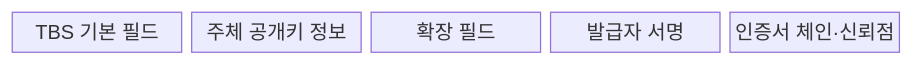
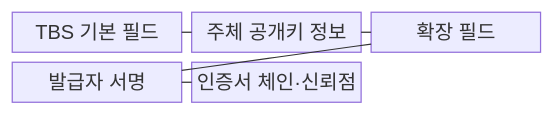
Before and after one commit to agnusdei1207/knowledge-base: the first of 2 diagrams in src/content/docs/notes/05-security/008_x509_certificate.md, drawn with Mermaid. The commit also changed other lines of this file and 151 other files, not shown here.

````diff
--- a/src/content/docs/notes/05-security/008_x509_certificate.md
+++ b/src/content/docs/notes/05-security/008_x509_certificate.md
@@ -63,9 +63,13 @@
 ```mermaid
 block-beta
-    columns 5
+    columns 3
     B["TBS 기본 필드"]
     P["주체 공개키 정보"]
     E["확장 필드"]
     S["발급자 서명"]
     C["인증서 체인·신뢰점"]
+    B --- P
+    P --- E
+    E --- S
+    S --- C
 ```
````
